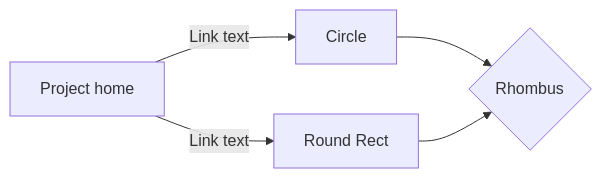
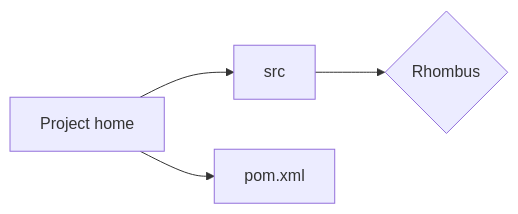
One commit to LEEKYOUNGHWA/LEEKYOUNGWHA.github.io changed the diagram in src/posts/Java/convert to maven project.md. Above: the diagram before and after it, drawn with Mermaid. The commit also changed other lines of this file, not shown here.

Commit message:
src/posts/Java/convert to maven project.md updated from https://stackedit.io/

````diff
--- a/src/posts/Java/convert to maven project.md
+++ b/src/posts/Java/convert to maven project.md
@@ -14,7 +14,7 @@
 ```mermaid
 graph LR
-A[Project home] -- Link text --> B[Circle]
-A -- Link text --> C[Round Rect]
+A[Project home] --> B[src]
+A  --> C[pom.xml]
 B --> D{Rhombus}
-C --> D
+
 ```
````
